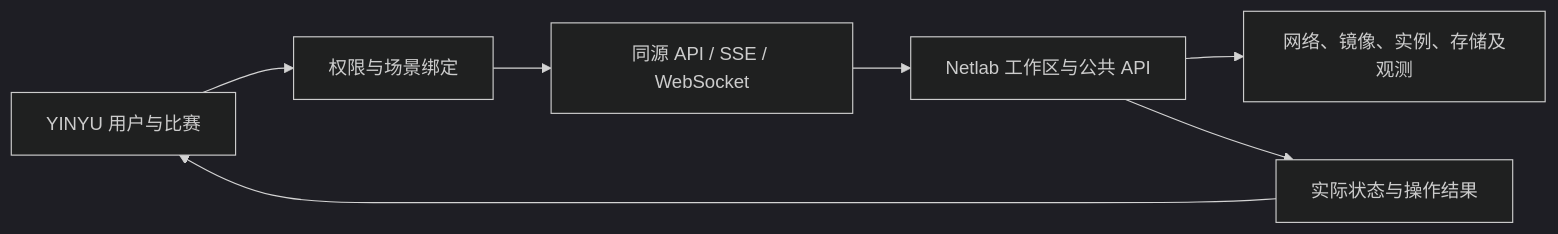
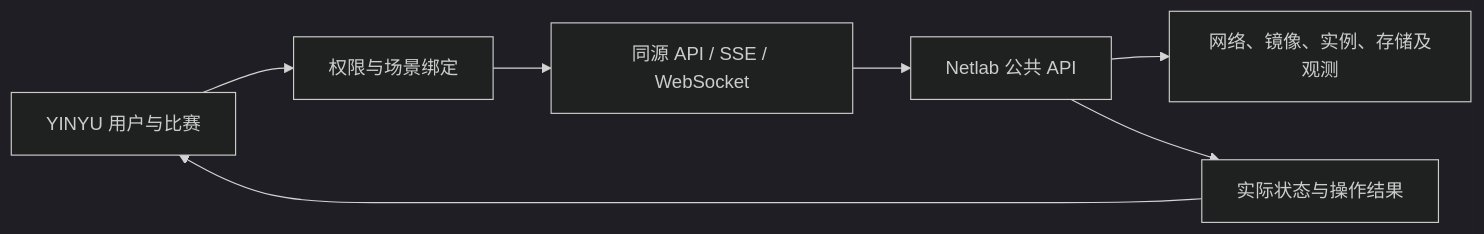
Before and after one commit to Y3X1L2/newGZCTF: the diagram in docs/modules/teamlab/README.md, drawn with Mermaid (dark theme). The commit also changed other lines of this file and 21 other files, not shown here.

````diff
--- a/docs/modules/teamlab/README.md
+++ b/docs/modules/teamlab/README.md
@@ -5,9 +5,9 @@
 ```mermaid
 flowchart LR
   A[YINYU 用户与比赛] --> B[权限与场景绑定]
   B --> C[同源 API / SSE / WebSocket]
-  C --> D[Netlab 工作区与公共 API]
+  C --> D[Netlab 公共 API]
   D --> E[网络、镜像、实例、存储及观测]
   D --> F[实际状态与操作结果]
   F --> A
 ```
````
